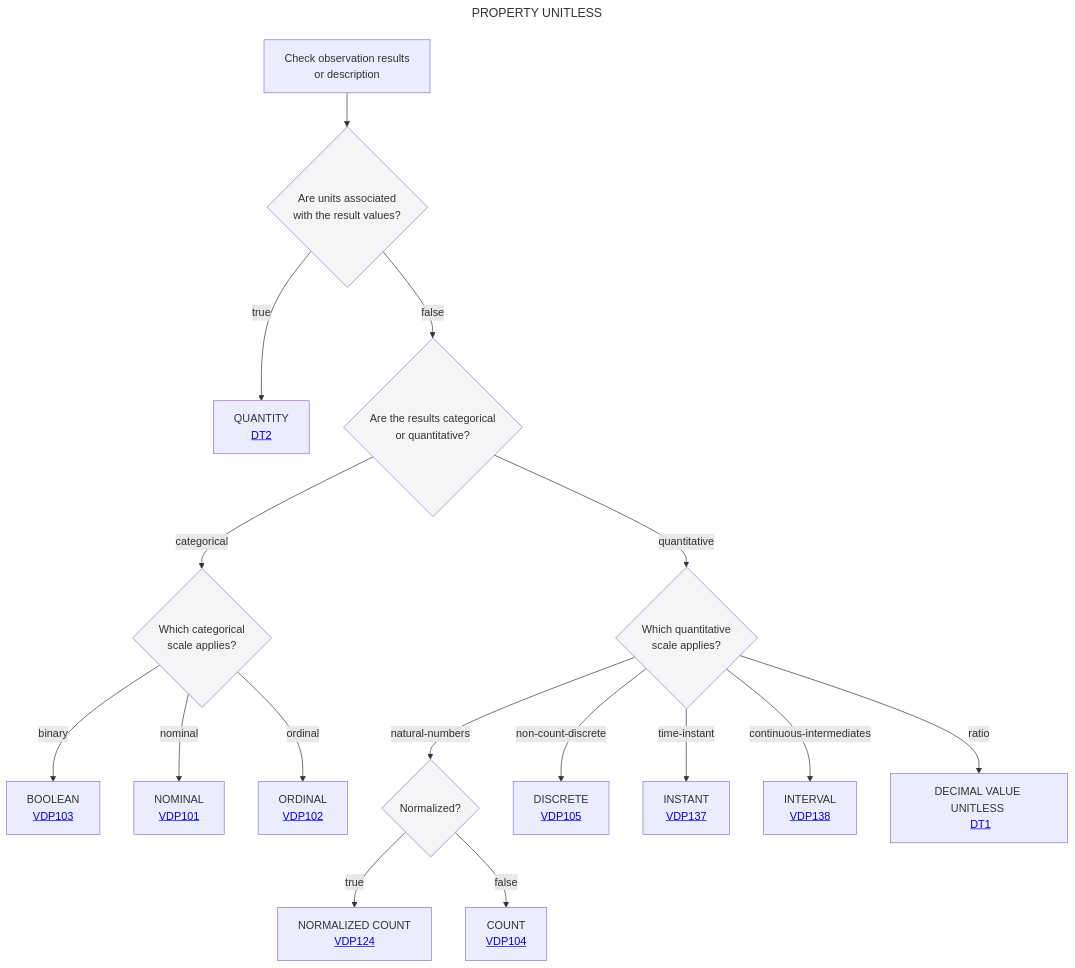
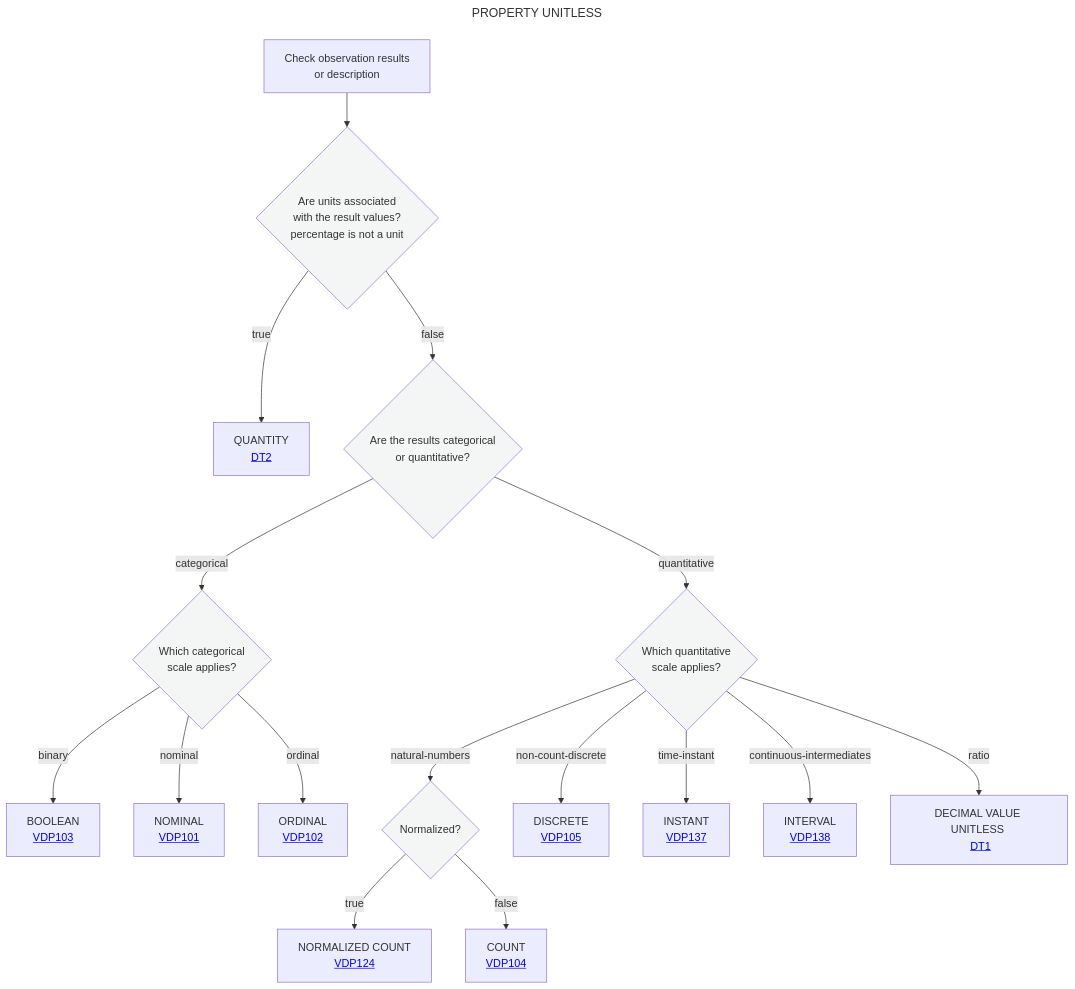
One commit to mabablue/I-ADOPT-patterns-playground changed the diagram in Decisition_trees/DT0.mmd. Above: the diagram before and after it, drawn with Mermaid.

```diff
--- a/Decisition_trees/DT0.mmd
+++ b/Decisition_trees/DT0.mmd
@@ -1,30 +1,30 @@
 ---
 title: PROPERTY UNITLESS
 ---
 flowchart TD
-    A[Check observation results <br> or description] --> B{Are units associated <br> with the result values?}:::white
+    A[Check observation results <br> or description] --> B{Are units associated <br> with the result values? <br> percentage is not a unit}:::white
     
     %% Branch: Units Present -> QUANTITY (Ratio Scale with Units)
     B --> |true|N[QUANTITY <br> <a href='https://github.com/mabablue/I-ADOPT-patterns-playground/blob/main/Decisition_trees/DT2.mmd'>DT2</a><br>]
     
     %% Branch: Unitless Path
     B --> |false|C{Are the results categorical <br> or quantitative?}:::white
     
     %% Categorical Branch (Binary, Nominal, Ordinal)
     C -- categorical --> D{Which categorical <br> scale applies?}:::white
     D -- binary --> E[BOOLEAN <br> <a href='https://github.com/mabablue/I-ADOPT-patterns-playground/blob/main/pattern/VDP103.yaml'>VDP103</a><br>]
     D -- nominal -->F[NOMINAL <br> <a href='https://github.com/mabablue/I-ADOPT-patterns-playground/blob/main/pattern/VDP101.yaml'>VDP101</a><br>]
     D -- ordinal -->G[ORDINAL <br> <a href='https://github.com/mabablue/I-ADOPT-patterns-playground/blob/main/pattern/VDP102.yaml'>VDP102</a><br>]
     C -- quantitative -->H{Which quantitative <br> scale applies?}:::white
     H -- natural-numbers -->I{Normalized?}:::white
     I --> |true|Q[NORMALIZED COUNT <br> <a href='https://github.com/mabablue/I-ADOPT-patterns-playground/blob/main/pattern/VDP124.yaml'>VDP124</a><br>]
     I --> |false|P[COUNT <br> <a href='https://github.com/mabablue/I-ADOPT-patterns-playground/blob/main/pattern/VDP104.yaml'>VDP104</a><br>]
     H -- non-count-discrete -->O[DISCRETE <br> <a href='https://github.com/mabablue/I-ADOPT-patterns-playground/blob/main/pattern/VDP104.yaml'>VDP105</a><br>]
     H -- time-instant -->K[INSTANT <br> <a href='https://github.com/mabablue/I-ADOPT-patterns-playground/blob/main/pattern/VDP137.yaml'>VDP137</a><br>]
     H -- continuous-intermediates -->L[INTERVAL <br> <a href='https://github.com/mabablue/I-ADOPT-patterns-playground/blob/main/pattern/VDP138.yaml'>VDP138</a><br>]
     H -- ratio -->M[DECIMAL VALUE UNITLESS <br> <a href='https://github.com/mabablue/I-ADOPT-patterns-playground/blob/main/Decisition_trees/DT1.mmd'>DT1</a><br>]
 
     classDef blue fill:#90D5FF
     classDef satblue fill:#57B9FF
     classDef white fill:#f3f6f4
     classDef green fill:#6aa84f
```
